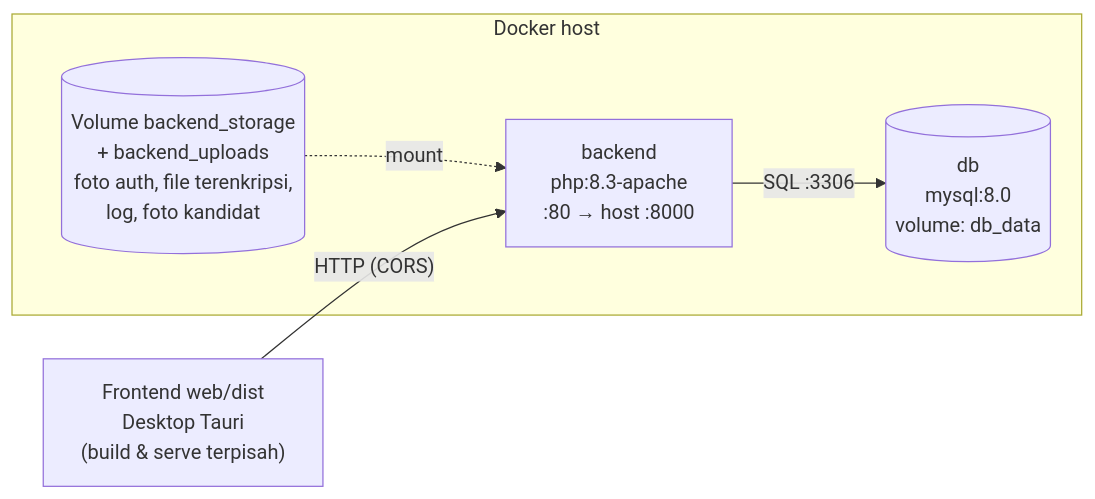
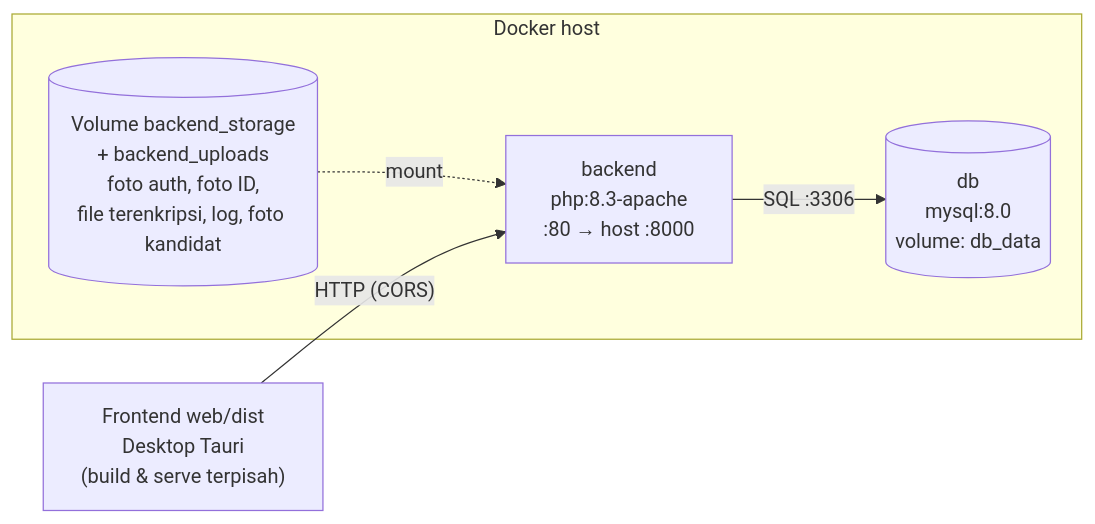
The diagram in docs/deploy/docker.md (Mesalllnya/Truecount), drawn with Mermaid before and after one commit. The commit also changed 20 other files, not shown here.

First line of the commit message:
Enhance user registration flow and error handling (#68)

````diff
--- a/docs/deploy/docker.md
+++ b/docs/deploy/docker.md
@@ -14,15 +14,15 @@
 ```mermaid
 flowchart LR
     client["Frontend web/dist<br/>Desktop Tauri<br/>(build & serve terpisah)"]
 
     subgraph host["Docker host"]
         backend["backend<br/>php:8.3-apache<br/>:80 → host :8000"]
         db[("db<br/>mysql:8.0<br/>volume: db_data")]
-        storage[("Volume backend_storage<br/>+ backend_uploads<br/>foto auth, file terenkripsi,<br/>log, foto kandidat")]
+        storage[("Volume backend_storage<br/>+ backend_uploads<br/>foto auth, foto ID,<br/>file terenkripsi, log, foto kandidat")]
 
         backend -->|"SQL :3306"| db
         storage -.->|"mount"| backend
     end
 
     client -->|"HTTP (CORS)"| backend
 ```
````
